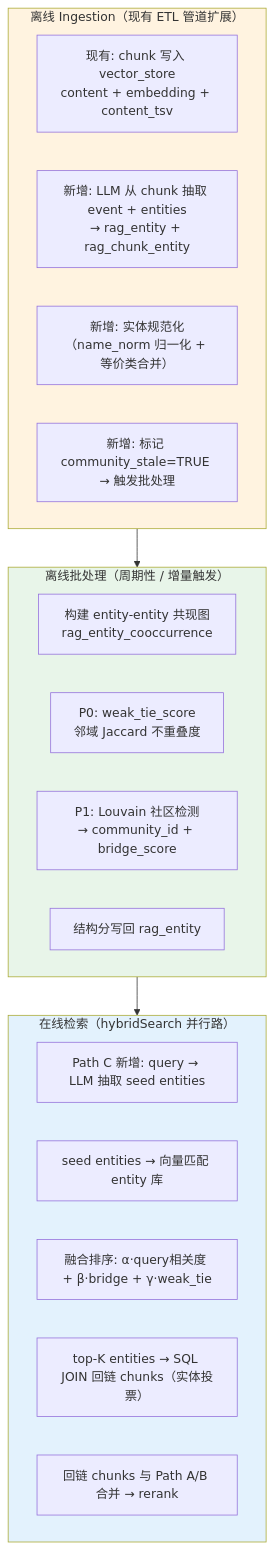
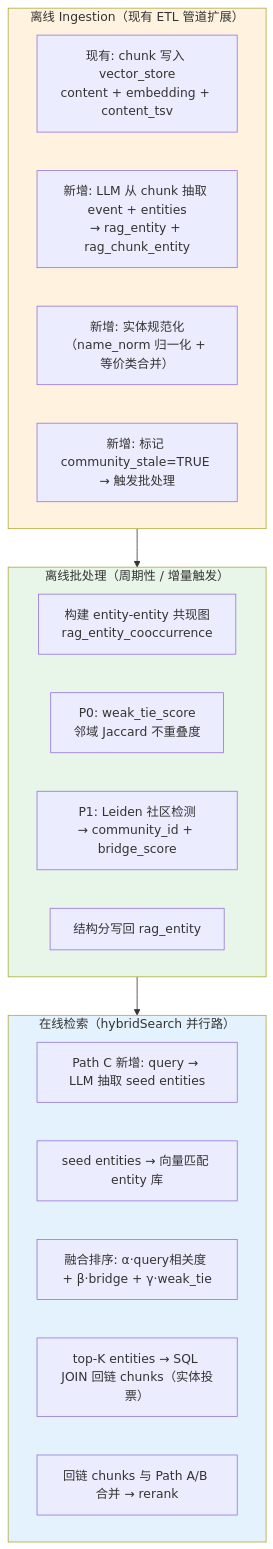
Before and after one commit to 343242/deepseek-chat-demo: the first of 4 diagrams in docs/design/entity-centric-retrieval.md, drawn with Mermaid. The commit also changed other lines of this file and 24 other files, not shown here.

First line of the commit message:
feat(rag): replace Louvain with Leiden community detection (γ-connected)

````diff
--- a/docs/design/entity-centric-retrieval.md
+++ b/docs/design/entity-centric-retrieval.md
@@ -61,31 +61,31 @@
 ```mermaid
 flowchart TB
     subgraph INGEST["离线 Ingestion（现有 ETL 管道扩展）"]
         I1["现有: chunk 写入 vector_store<br/>content + embedding + content_tsv"]
         I2["新增: LLM 从 chunk 抽取 event + entities<br/>→ rag_entity + rag_chunk_entity"]
         I3["新增: 实体规范化（name_norm 归一化 + 等价类合并）"]
         I4["新增: 标记 community_stale=TRUE → 触发批处理"]
     end
 
     subgraph BATCH["离线批处理（周期性 / 增量触发）"]
         B1["构建 entity-entity 共现图<br/>rag_entity_cooccurrence"]
         B0["P0: weak_tie_score<br/>邻域 Jaccard 不重叠度"]
-        B2["P1: Louvain 社区检测<br/>→ community_id + bridge_score"]
+        B2["P1: Leiden 社区检测<br/>→ community_id + bridge_score"]
         B3["结构分写回 rag_entity"]
     end
 
     subgraph ONLINE["在线检索（hybridSearch 并行路）"]
         O1["Path C 新增: query → LLM 抽取 seed entities"]
         O2["seed entities → 向量匹配 entity 库"]
         O3["融合排序: α·query相关度 + β·bridge + γ·weak_tie"]
         O4["top-K entities → SQL JOIN 回链 chunks（实体投票）"]
         O5["回链 chunks 与 Path A/B 合并 → rerank"]
     end
 
     INGEST --> BATCH
     BATCH --> ONLINE
 
     style INGEST fill:#fff3e0
     style BATCH fill:#e8f5e9
     style ONLINE fill:#e3f2fd
 ```
````
